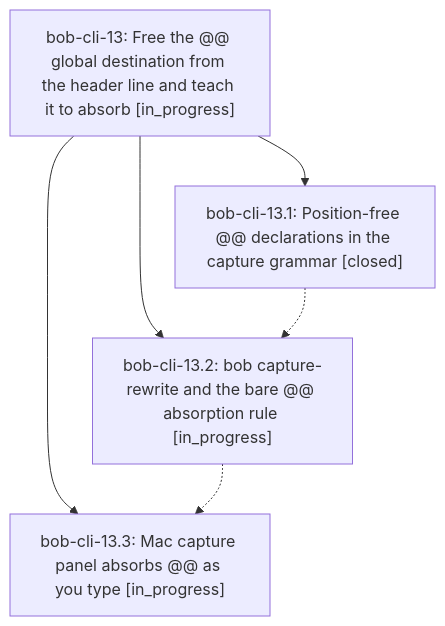
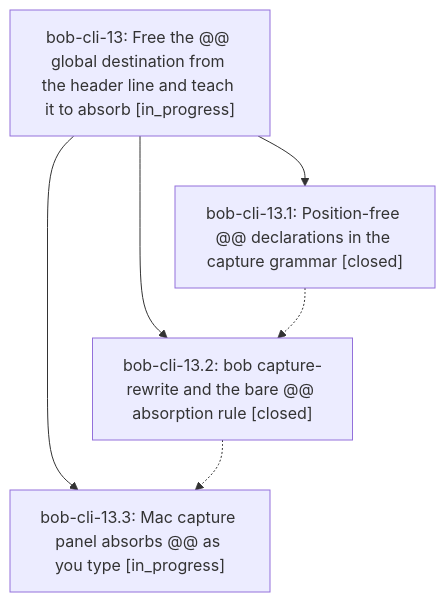
The diagram in pages/bob-cli-13/README.md (bobs-org/bob-cli--beads), drawn with Mermaid before and after one commit. The commit also changed other lines of this file and 3 other files, not shown here.

First line of the commit message:
chore(beads): sync bead state and pages for bob-cli-13

````diff
--- a/pages/bob-cli-13/README.md
+++ b/pages/bob-cli-13/README.md
@@ -24,12 +24,12 @@
 ```mermaid
 flowchart TD
     n0["bob-cli-13: Free the @@ global destination from the header line and teach it to absorb [in_progress]"]
     n1["bob-cli-13.1: Position-free @@ declarations in the capture grammar [closed]"]
-    n2["bob-cli-13.2: bob capture-rewrite and the bare @@ absorption rule [in_progress]"]
+    n2["bob-cli-13.2: bob capture-rewrite and the bare @@ absorption rule [closed]"]
     n3["bob-cli-13.3: Mac capture panel absorbs @@ as you type [in_progress]"]
     n0 --> n1
     n0 --> n2
     n0 --> n3
     n1 -.-> n2
     n2 -.-> n3
 ```
````
